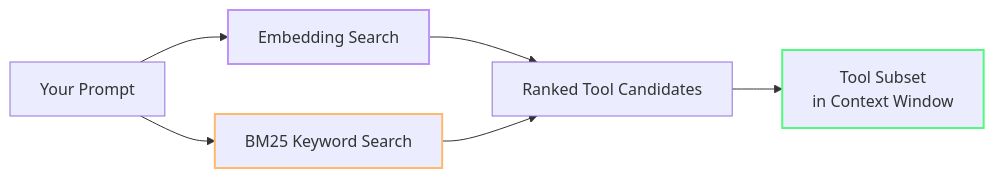
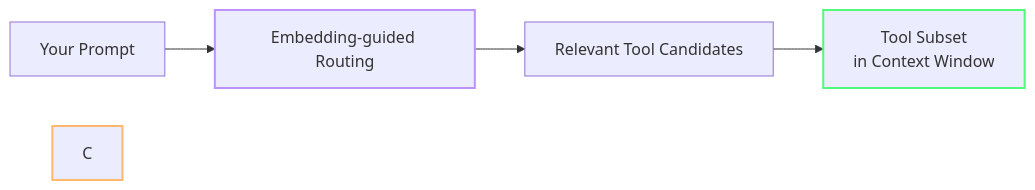
The seventh of 7 diagrams in token-economy-course/src/content/docs/en/07-agents-mcp.mdx (dandahprecio/vibe-on-budget), drawn with Mermaid before and after one commit. The commit also changed other lines of this file and 26 other files, not shown here.

````diff
--- a/token-economy-course/src/content/docs/en/07-agents-mcp.mdx
+++ b/token-economy-course/src/content/docs/en/07-agents-mcp.mdx
@@ -357,12 +352,10 @@
 ```mermaid
 flowchart LR
-    A[Your Prompt] --> B[Embedding Search]
-    A --> C[BM25 Keyword Search]
-    B --> D[Ranked Tool Candidates]
-    C --> D
+    A[Your Prompt] --> B[Embedding-guided Routing]
+    B --> D[Relevant Tool Candidates]
     D --> E[Tool Subset<br/>in Context Window]
     
     style B stroke:#bd93f9,stroke-width:2px
     style C stroke:#ffb86c,stroke-width:2px
     style E stroke:#50fa7b,stroke-width:2px
 ```
````
